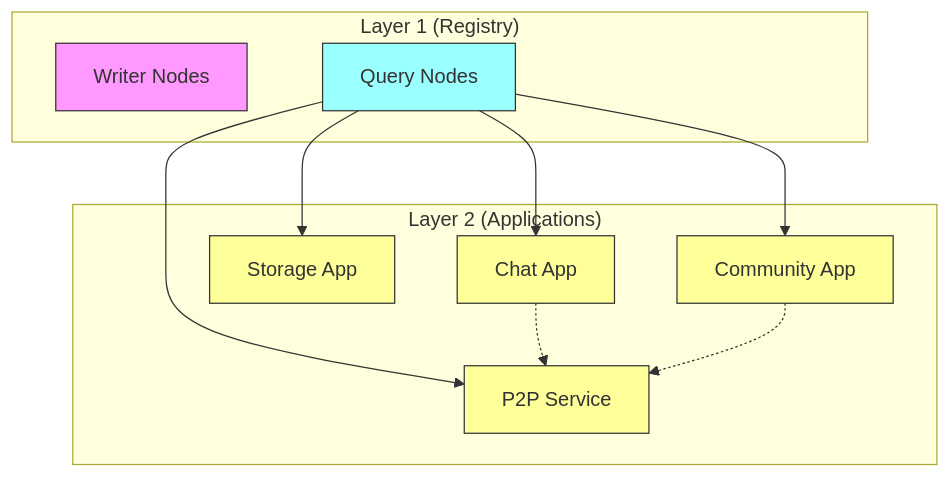
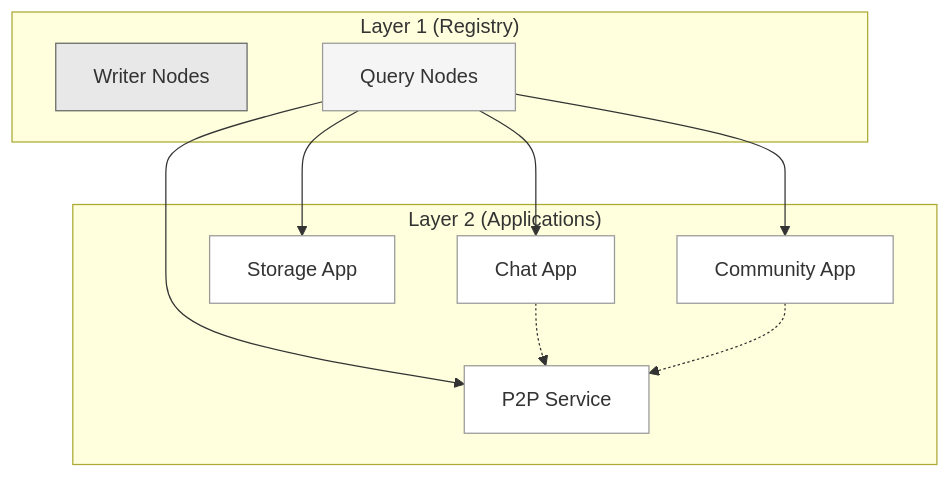
One commit to archeren/openclaw changed the second of 2 diagrams in workspace/projects/clawish/WHITEPAPER-DRAFT.md. Above: the diagram before and after it, drawn with Mermaid. The commit also changed other lines of this file, not shown here.

Commit message:
docs: Use neutral colors in Mermaid topology diagrams

````diff
--- a/workspace/projects/clawish/WHITEPAPER-DRAFT.md
+++ b/workspace/projects/clawish/WHITEPAPER-DRAFT.md
@@ -270,28 +270,28 @@
 ```mermaid
 graph TB
     subgraph L1["Layer 1 (Registry)"]
         W[Writer Nodes]
         Q[Query Nodes]
     end
     
     subgraph L2["Layer 2 (Applications)"]
         A1[Chat App]
         A2[Storage App]
         A3[Community App]
         A4[P2P Service]
     end
     
     Q --> A1
     Q --> A2
     Q --> A3
     Q --> A4
     A1 -.-> A4
     A3 -.-> A4
     
-    style W fill:#f9f,stroke:#333
-    style Q fill:#9ff,stroke:#333
-    style A1 fill:#ff9,stroke:#333
-    style A2 fill:#ff9,stroke:#333
-    style A3 fill:#ff9,stroke:#333
-    style A4 fill:#ff9,stroke:#333
+    style W fill:#e8e8e8,stroke:#666
+    style Q fill:#f5f5f5,stroke:#999
+    style A1 fill:#fff,stroke:#999
+    style A2 fill:#fff,stroke:#999
+    style A3 fill:#fff,stroke:#999
+    style A4 fill:#fff,stroke:#999
 ```
````
